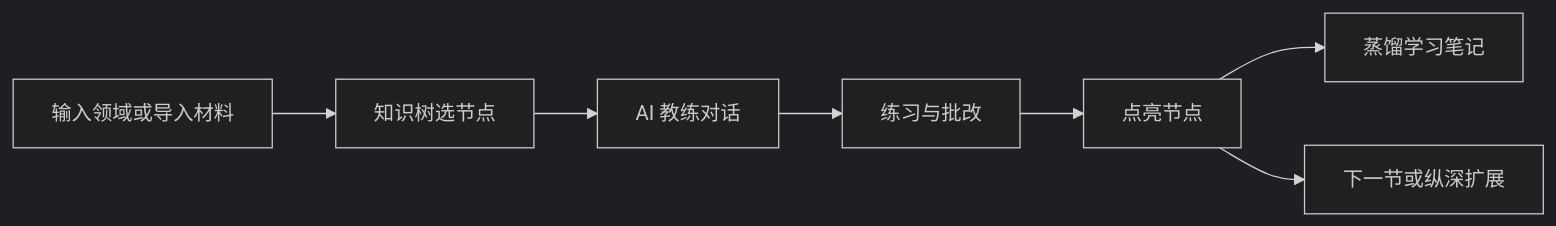
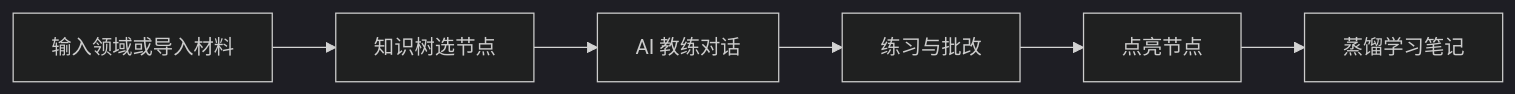
One commit to liuwenji007/regulus-academy changed the diagram in apps/docs/guide/features.md. Above: the diagram before and after it, drawn with Mermaid (dark theme). The commit also changed other lines of this file and 27 other files, not shown here.

````diff
--- a/apps/docs/guide/features.md
+++ b/apps/docs/guide/features.md
@@ -9,9 +7,8 @@
 ```mermaid
 flowchart LR
   input[输入领域或导入材料] --> tree[知识树选节点]
   tree --> coach[AI 教练对话]
   coach --> exercise[练习与批改]
   exercise --> done[点亮节点]
   done --> notes[蒸馏学习笔记]
-  done --> next[下一节或纵深扩展]
 ```
````
